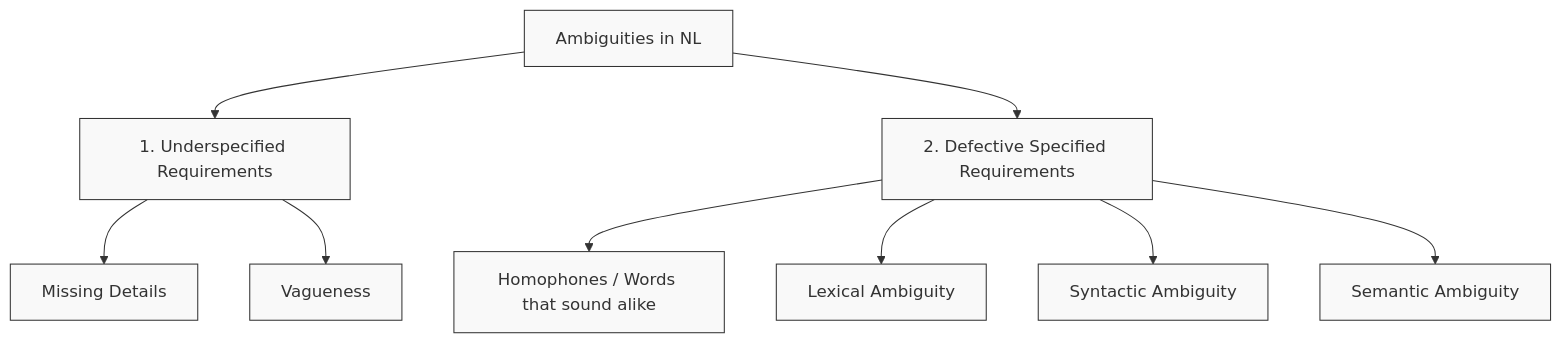
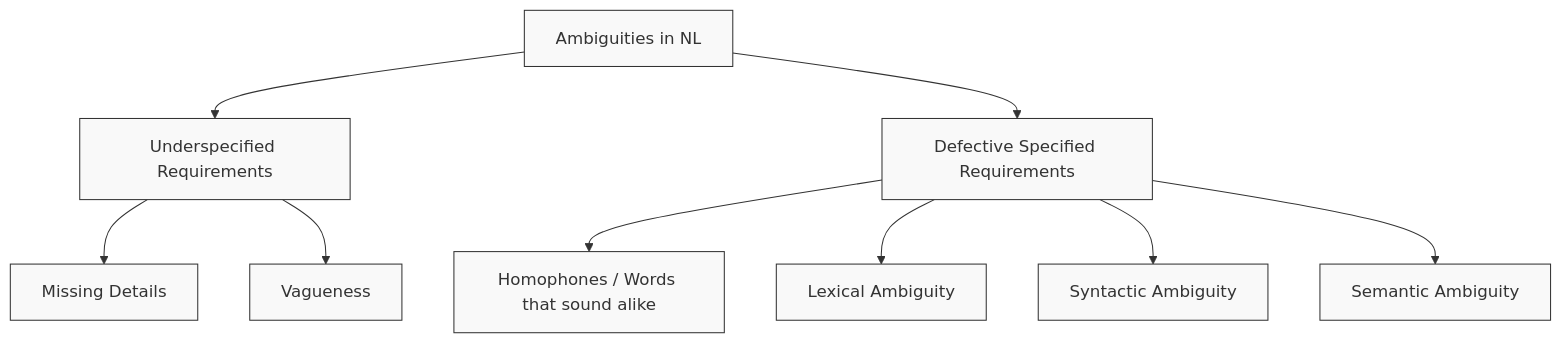
Diagram 21 of 27 in Y1S2/CKS121 Software Requirements.md (Fake1Doge/Obsidian-notes), drawn with Mermaid before and after one commit.

Commit message:
vault backup: 2026-06-07 17:23:39

````diff
--- a/Y1S2/CKS121 Software Requirements.md
+++ b/Y1S2/CKS121 Software Requirements.md
@@ -1416,14 +1416,14 @@
 ```mermaid
 graph TD
     classDef default fill:#f9f9f9,stroke:#333,stroke-width:1px;
-    Amb[Ambiguities in NL] --> US[1. Underspecified Requirements]
-    Amb --> DS[2. Defective Specified Requirements]
+    Amb[Ambiguities in NL] --> US[Underspecified Requirements]
+    Amb --> DS[Defective Specified Requirements]
     
     US --> MD[Missing Details]
     US --> Vag[Vagueness]
     
     DS --> HA[Homophones / Words that sound alike]
     DS --> Lex[Lexical Ambiguity]
     DS --> Syn[Syntactic Ambiguity]
     DS --> Sem[Semantic Ambiguity]
 ```
````
